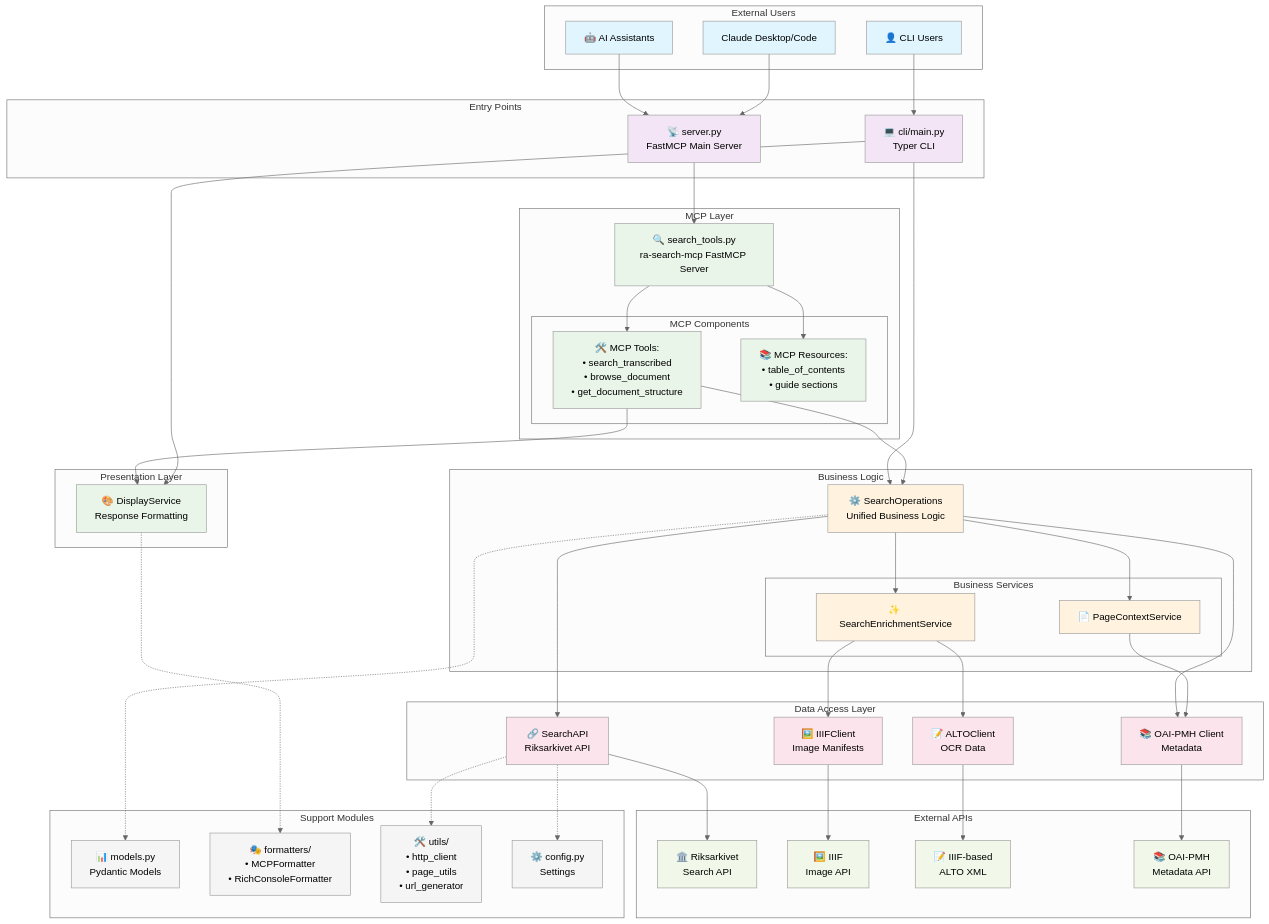
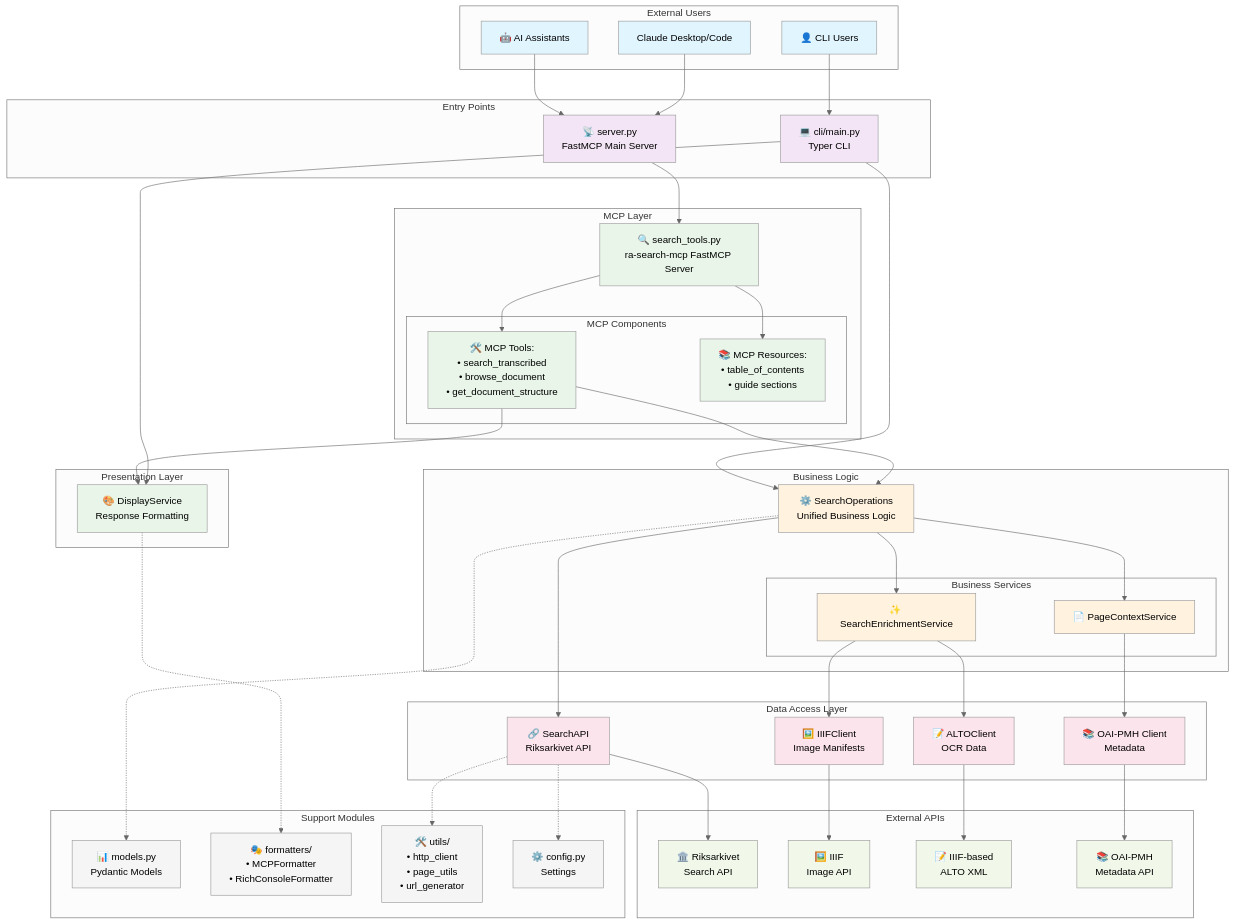
Before and after one commit to AI-Riksarkivet/ra-mcp: the first of 5 diagrams in docs/architecture-diagrams.md, drawn with Mermaid (neutral theme). The commit also changed 2 other files, not shown here.

Commit message:
refactor: move PID resolution to PageContextService
Move OAI-PMH based PID resolution logic from SearchOperations to
PageContextService for better separation of concerns. SearchOperations
now delegates PID resolution to the appropriate service layer.

- Remove PID resolution methods from SearchOperations
- Add OAI-PMH client to PageContextService
- Simplify SearchOperations by removing unused HTTP client and config imports
- Update architecture diagram to reflect correct dependencies

This improves the architecture by placing PID resolution responsibility
with the service that handles page contexts, making the codebase more
maintainable and following single responsibility principle.

```diff
--- a/docs/architecture-diagrams.md
+++ b/docs/architecture-diagrams.md
@@ -80,7 +80,6 @@
     SEARCH_OPS --> SEARCH_CLIENT
     SEARCH_OPS --> ENRICHMENT
     SEARCH_OPS --> PAGE_CONTEXT
-    SEARCH_OPS --> OAI_CLIENT
 
     %% Interface layer to display
     TOOLS --> DISPLAY
```
